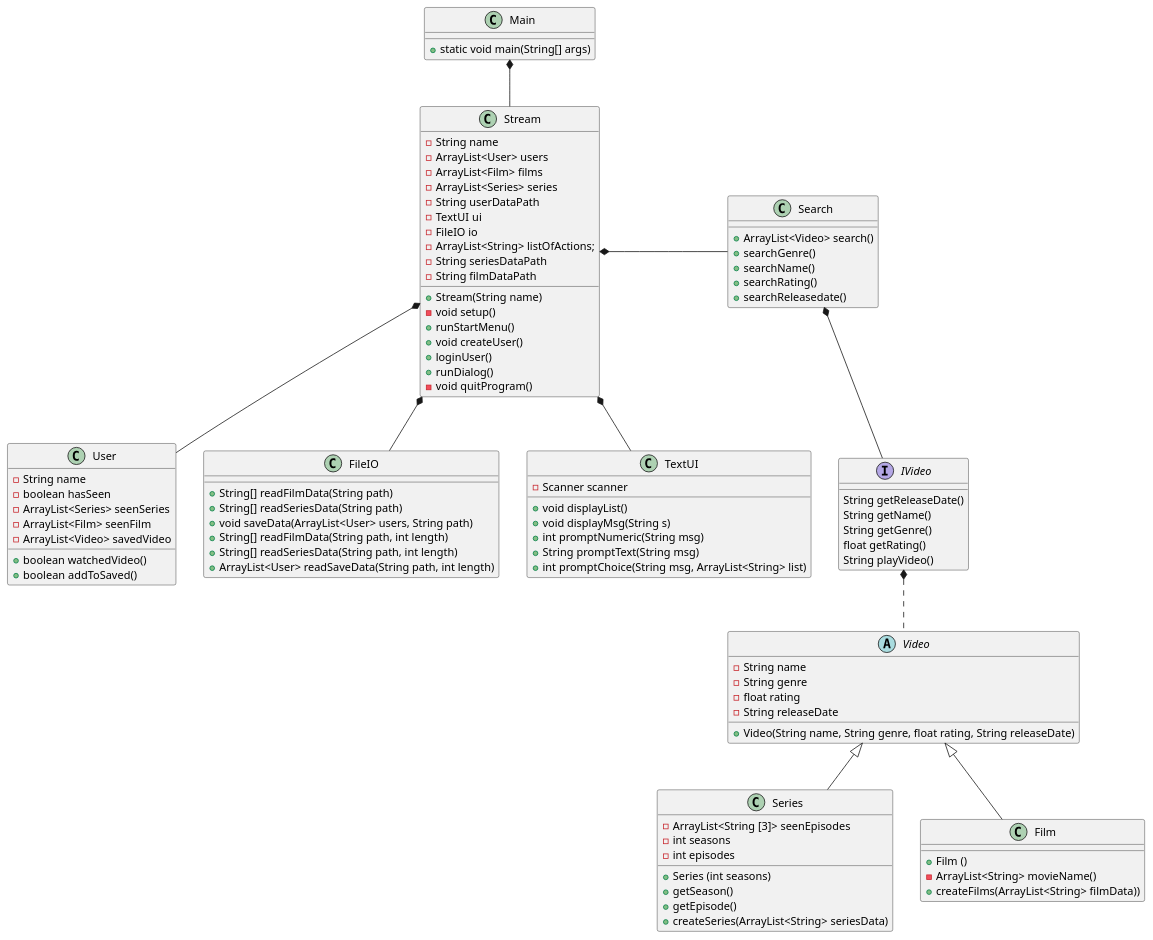
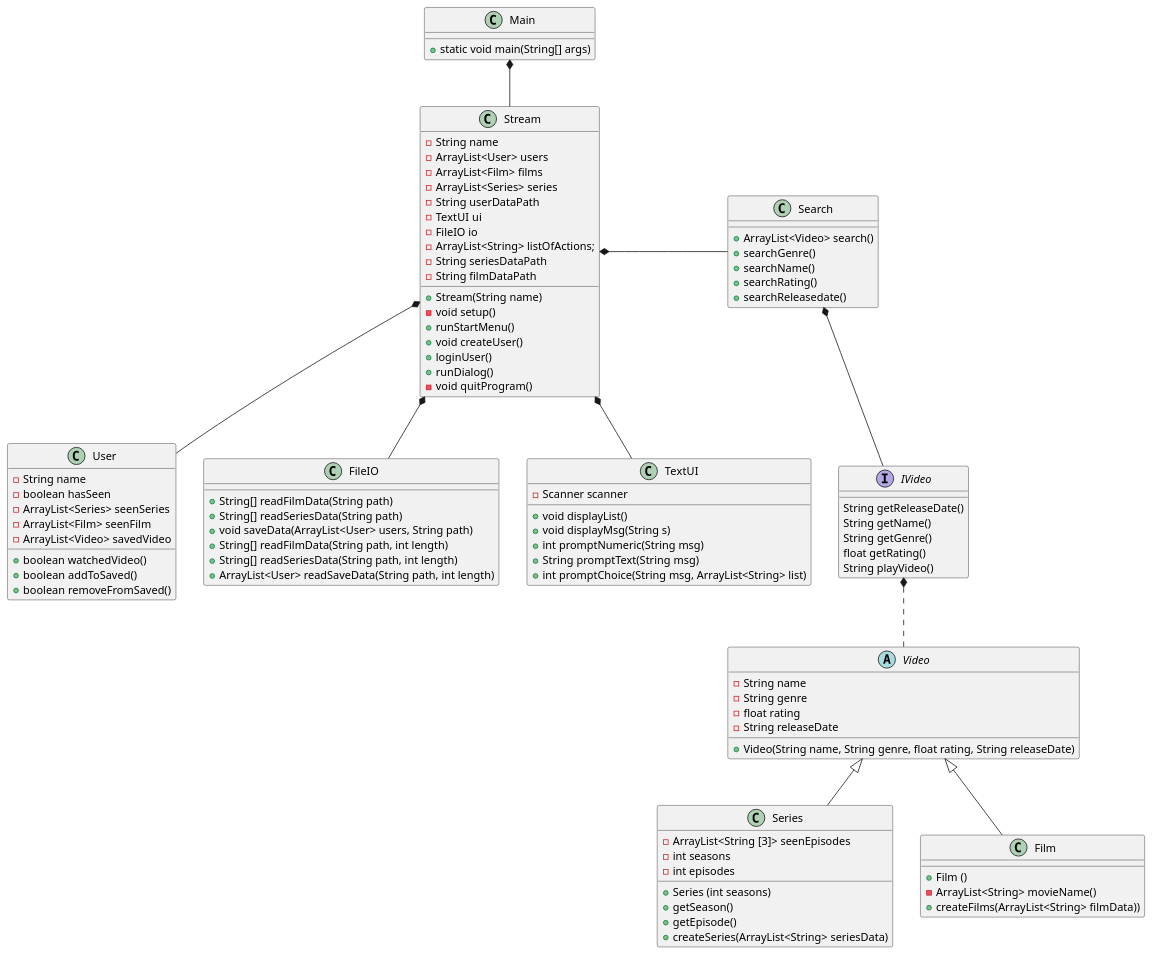
The diagram in doc/Plan/static/classdiagram.puml (Gervig/SP3-Gruppe-C), drawn with PlantUML before and after one commit. The commit also changed 3 other files, not shown here.

```diff
--- a/doc/Plan/static/classdiagram.puml
+++ b/doc/Plan/static/classdiagram.puml
@@ -1,126 +1,127 @@
 @startuml
 'https://plantuml.com/class-diagram
 
 class Main{
 + static void main(String[] args)
 }
 
 class Stream{
 - String name
 'utilities
 - ArrayList<User> users
 - ArrayList<Film> films
 - ArrayList<Series> series
 - String userDataPath
 - TextUI ui
 - FileIO io
 - ArrayList<String> listOfActions;
 - String seriesDataPath
 - String filmDataPath
 'constructor
 + Stream(String name)
 'methods
 - void setup()
 ' setup er til er at læse data
 + runStartMenu()
 + void createUser()
 ' skal createUser være void? Det er den i matador
 ' createUser skal vel checke om der er andre med det brugernavn
 + loginUser()
 ' skal loginUser være void?
 ' den skal vel checke om der er en user med det username og tjekke om loginnet er korrekt
 + runDialog()
 ' i runDialog kan man vælge at søge
 - void quitProgram()
 }
 
 
 class User{
 - String name
 - boolean hasSeen
 - ArrayList<Series> seenSeries
 - ArrayList<Film> seenFilm
 - ArrayList<Video> savedVideo
 + boolean watchedVideo()
 + boolean addToSaved()
++ boolean removeFromSaved()
 }
 
 class FileIO{
 + String[] readFilmData(String path)
 + String[] readSeriesData(String path)
 + void saveData(ArrayList<User> users, String path)
 + String[] readFilmData(String path, int length)
 + String[] readSeriesData(String path, int length)
 + ArrayList<User> readSaveData(String path, int length)
 }
 
 class TextUI{
 - Scanner scanner
 + void displayList()
 + void displayMsg(String s)
 + int promptNumeric(String msg)
 + String promptText(String msg)
 + int promptChoice(String msg, ArrayList<String> list)
 }
 
 interface IVideo {
 String getReleaseDate()
 String getName()
 String getGenre()
 float getRating()
 String playVideo()
 }
 
 abstract Class Video{
 - String name
 - String genre
 - float rating
 - String releaseDate
 'constructor
 + Video(String name, String genre, float rating, String releaseDate)
 }
 
 class Series{
 'brug evt. et map
 - ArrayList<String [3]> seenEpisodes
 - int seasons
 - int episodes
 + Series (int seasons)
 + getSeason()
 + getEpisode()
 + createSeries(ArrayList<String> seriesData)
 }
 
 class Film {
 'constructor
 + Film ()
 - ArrayList<String> movieName()
 + createFilms(ArrayList<String> filmData))
 }
 
 
 class Search{
 + ArrayList<Video> search()
 'methods til de forskellige søgemuligheder
 ' Skal disse returnere objekterne fra video?
 + searchGenre()
 + searchName()
 + searchRating()
 + searchReleasedate()
 'skal vi have funktioner der kun søger blandt serier og film adskilt?
 }
 
 IVideo *.. Video
 
 Video <|-- Series
 Video <|-- Film
 
 Main *-- Stream
 
 Stream *-- User
 Stream *-- FileIO
 Stream *-- TextUI
 Search *-- IVideo
 Stream *- Search
 
 @enduml
```
